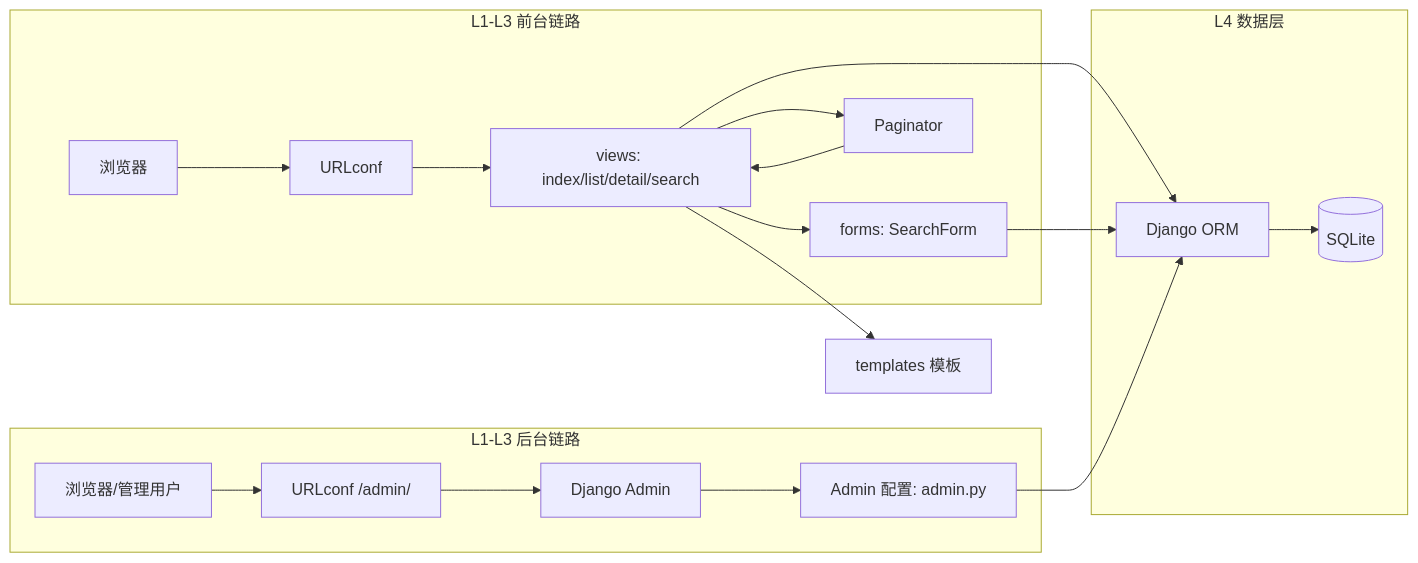
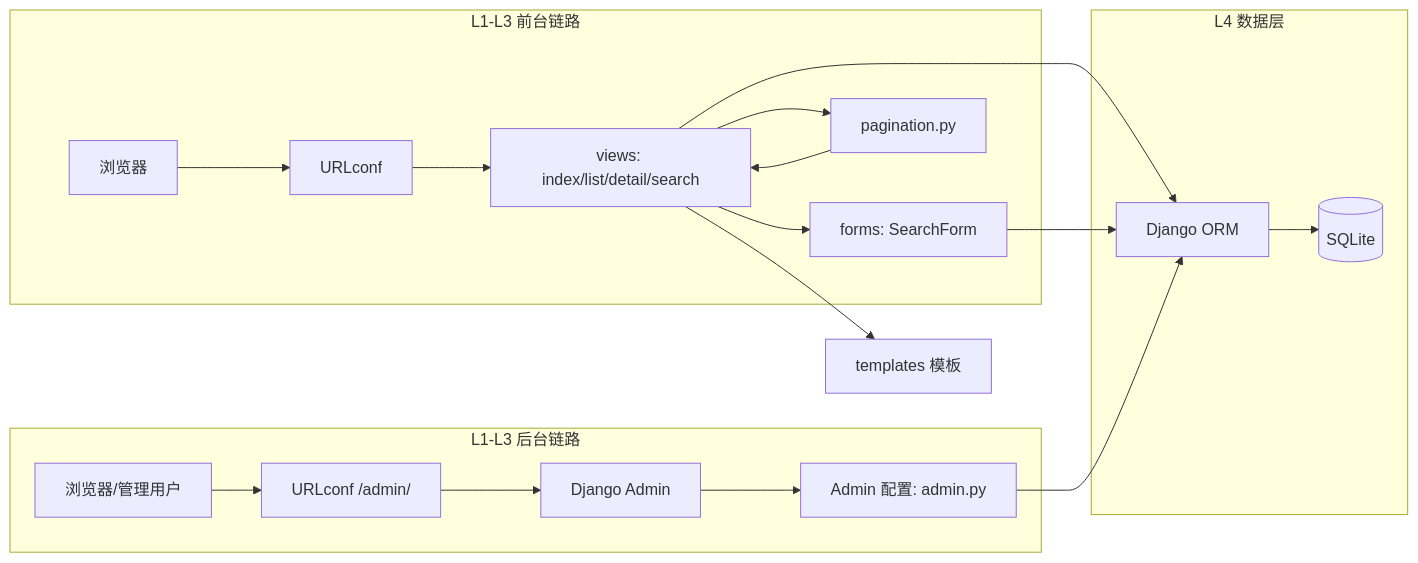
One commit to nirvanafaith/django-cms-course-project changed the diagram in docs/04_概要设计文档.md. Above: the diagram before and after it, drawn with Mermaid. The commit also changed other lines of this file and 2 other files, not shown here.

````diff
--- a/docs/04_概要设计文档.md
+++ b/docs/04_概要设计文档.md
@@ -73,24 +73,24 @@
 ```mermaid
 graph LR
     subgraph 前台[L1-L3 前台链路]
         A[浏览器] --> B[URLconf]
         B --> C[views: index/list/detail/search]
         C --> D[forms: SearchForm]
-        C --> E[Paginator]
+C --> E[pagination.py]
     end
     subgraph 后台[L1-L3 后台链路]
         A2[浏览器/管理用户] --> B2[URLconf /admin/]
         B2 --> C2[Django Admin]
         C2 --> F[Admin 配置: admin.py]
     end
     subgraph 数据[L4 数据层]
         G[Django ORM]
         H[(SQLite)]
     end
     C --> G
     D --> G
     E --> C
     F --> G
     G --> H
     C --> I[templates 模板]
 ```
````
